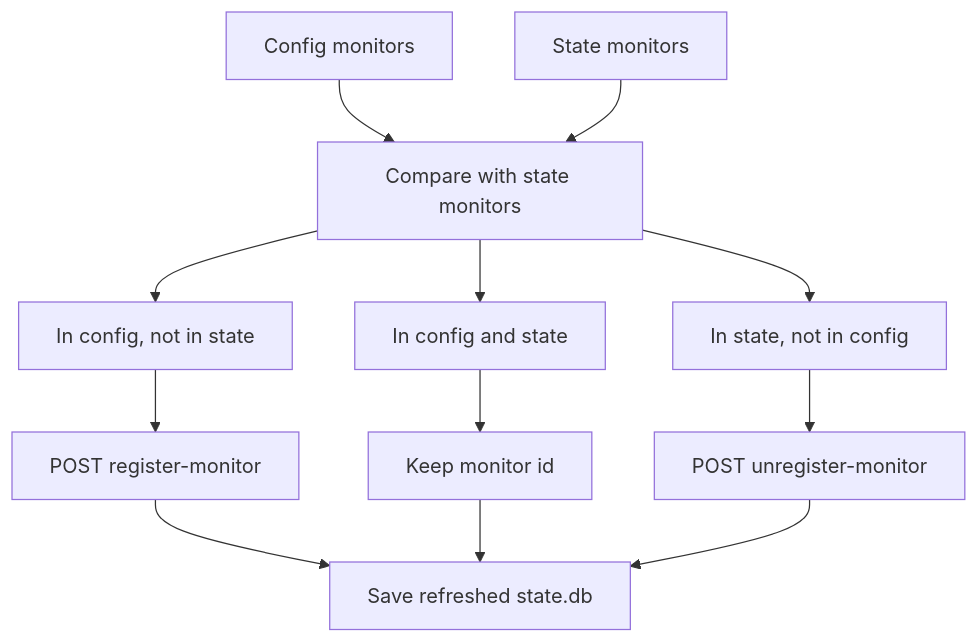
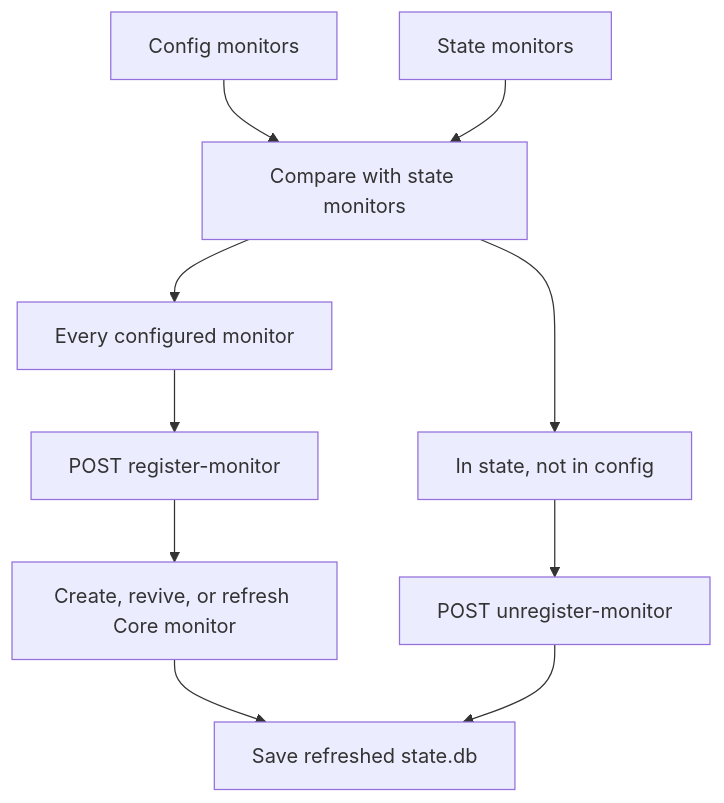
The third of 6 diagrams in docs/architecture/data-ingestion.md (sunday-studio/orion), drawn with Mermaid before and after one commit. The commit also changed other lines of this file and 22 other files, not shown here.

````diff
--- a/docs/architecture/data-ingestion.md
+++ b/docs/architecture/data-ingestion.md
@@ -85,14 +86,12 @@
 ```mermaid
 flowchart TD
   ConfigMonitors["Config monitors"] --> Compare["Compare with state monitors"]
   StateMonitors["State monitors"] --> Compare
-  Compare --> New["In config, not in state"]
-  Compare --> Existing["In config and state"]
+  Compare --> Configured["Every configured monitor"]
   Compare --> Removed["In state, not in config"]
-  New --> RegisterCore["POST register-monitor"]
-  Existing --> Keep["Keep monitor id"]
+  Configured --> RegisterCore["POST register-monitor"]
+  RegisterCore --> Reconcile["Create, revive, or refresh Core monitor"]
   Removed --> UnregisterCore["POST unregister-monitor"]
-  RegisterCore --> SaveState["Save refreshed state.db"]
-  Keep --> SaveState
+  Reconcile --> SaveState["Save refreshed state.db"]
   UnregisterCore --> SaveState
 ```
````
